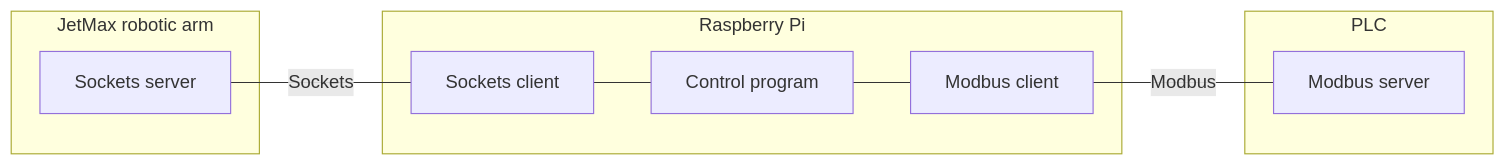
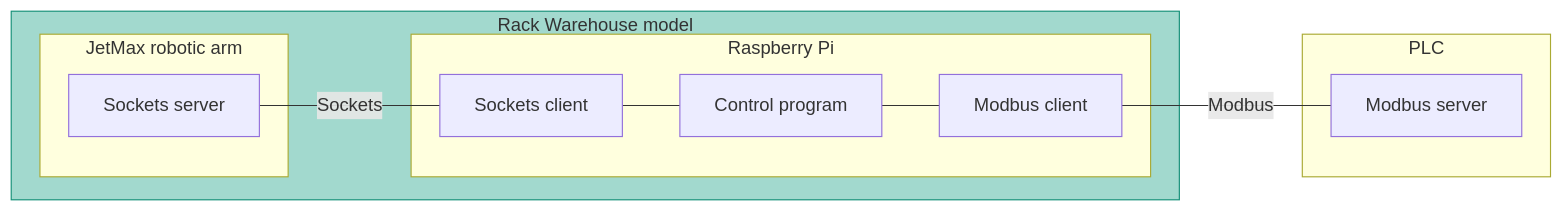
One commit to fsprojekti/rack-warehouse-jetmax changed the first of 2 diagrams in README.md. Above: the diagram before and after it, drawn with Mermaid. The commit also changed other lines of this file, not shown here.

````diff
--- a/README.md
+++ b/README.md
@@ -25,15 +27,19 @@
 ```mermaid
 graph LR
-    subgraph JetMax robotic arm 
-        D[Sockets server]
-    end
-    subgraph Raspberry Pi
-        E[Sockets client]
-        F[Control program]
-        B[Modbus client]
-    end
-    subgraph PLC
-        C[Modbus server]
-    end
+subgraph FF[Rack Warehouse model]
+  subgraph JetMax robotic arm 
+    D[Sockets server]
+  end
+  subgraph Raspberry Pi
+    E[Sockets client]
+    F[Control program]
+    B[Modbus client]
+  end
+end
+  subgraph PLC
+    C[Modbus server]
+  end
     D---|Sockets|E---F---B---|Modbus|C
+
+style FF fill:#A2D9CE, stroke:#148F77    
 ```
````
